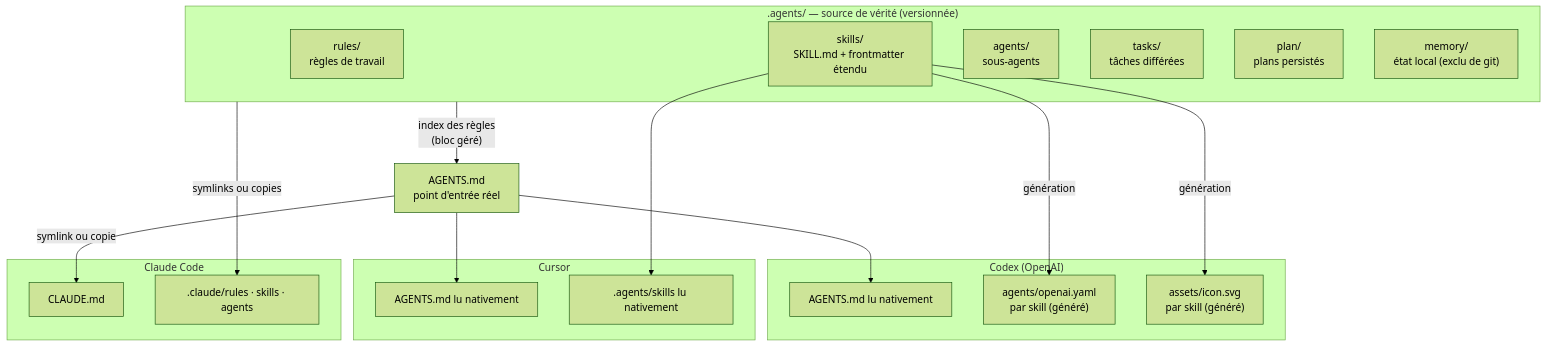
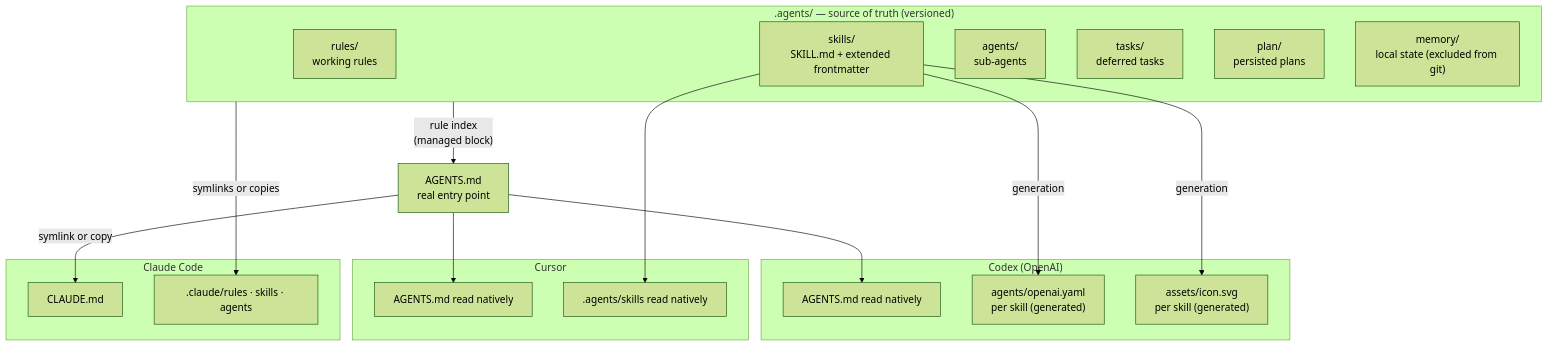
Before and after one commit to PicardRaphael/agentsdir: the first of 3 diagrams in docs/architecture.md, drawn with Mermaid (forest theme). The commit also changed other lines of this file and 23 other files, not shown here.

Commit message:
Tache 14 : check compare les copies a la source, sync retire les orphelins, les generateurs projettent

````diff
--- a/docs/architecture.md
+++ b/docs/architecture.md
@@ -9,36 +9,36 @@
 ```mermaid
 flowchart TB
-    subgraph SOT[".agents/ — source de vérité (versionnée)"]
-        R["rules/<br>règles de travail"]
-        S["skills/<br>SKILL.md + frontmatter étendu"]
-        A["agents/<br>sous-agents"]
-        T["tasks/<br>tâches différées"]
-        P["plan/<br>plans persistés"]
-        M["memory/<br>état local (exclu de git)"]
+    subgraph SOT[".agents/ — source of truth (versioned)"]
+        R["rules/<br>working rules"]
+        S["skills/<br>SKILL.md + extended frontmatter"]
+        A["agents/<br>sub-agents"]
+        T["tasks/<br>deferred tasks"]
+        P["plan/<br>persisted plans"]
+        M["memory/<br>local state (excluded from git)"]
     end
-    AG["AGENTS.md<br>point d'entrée réel"]
+    AG["AGENTS.md<br>real entry point"]
 
-    SOT -->|"index des règles<br>(bloc géré)"| AG
+    SOT -->|"rule index<br>(managed block)"| AG
 
     subgraph CLAUDE["Claude Code"]
         C1["CLAUDE.md"]
         C2[".claude/rules · skills · agents"]
     end
     subgraph CODEX["Codex (OpenAI)"]
-        X1["AGENTS.md lu nativement"]
-        X2["agents/openai.yaml<br>par skill (généré)"]
-        X3["assets/icon.svg<br>par skill (généré)"]
+        X1["AGENTS.md read natively"]
+        X2["agents/openai.yaml<br>per skill (generated)"]
+        X3["assets/icon.svg<br>per skill (generated)"]
     end
     subgraph CURSOR["Cursor"]
-        U1["AGENTS.md lu nativement"]
-        U2[".agents/skills lu nativement"]
+        U1["AGENTS.md read natively"]
+        U2[".agents/skills read natively"]
     end
 
-    AG -->|"symlink ou copie"| C1
-    SOT -->|"symlinks ou copies"| C2
+    AG -->|"symlink or copy"| C1
+    SOT -->|"symlinks or copies"| C2
     AG --> X1
-    S -->|"génération"| X2
-    S -->|"génération"| X3
+    S -->|"generation"| X2
+    S -->|"generation"| X3
     AG --> U1
     S --> U2
 ```
````
